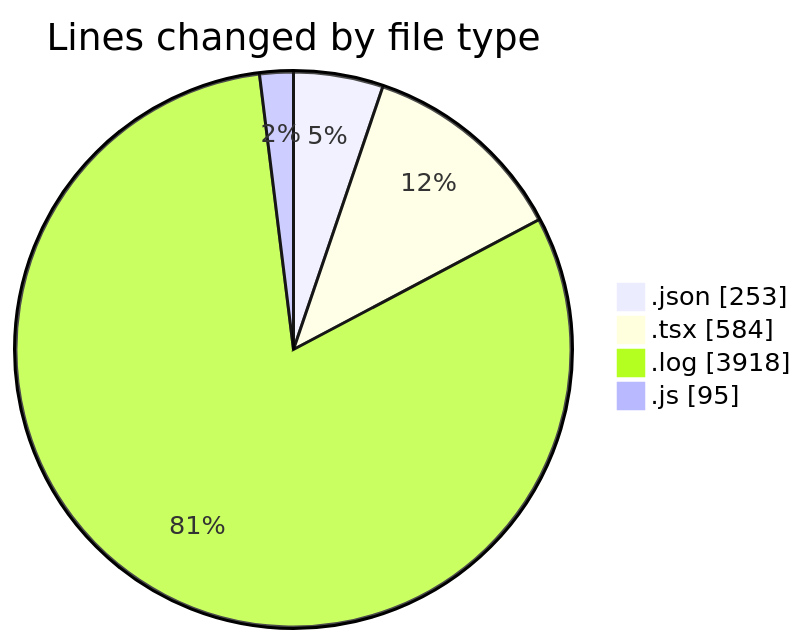
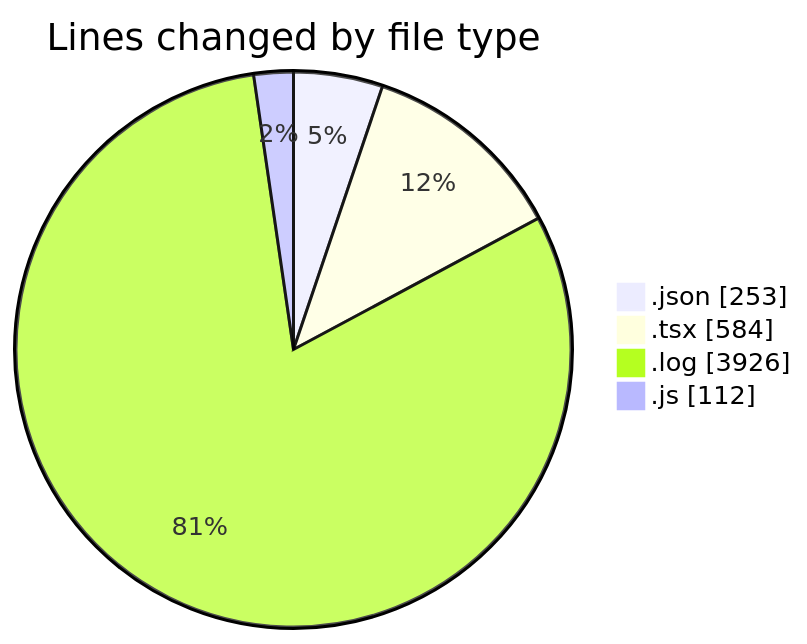
Before and after one commit to momahboobian/code-tracking: the first of 2 diagrams in 2026-03-24/cda/README.md, drawn with Mermaid. The commit also changed other lines of this file and 1 other file, not shown here.

````diff
--- a/2026-03-24/cda/README.md
+++ b/2026-03-24/cda/README.md
@@ -27,8 +27,8 @@
 ```mermaid
 pie showData
 title Lines changed by file type
 ".json" : 253
 ".tsx" : 584
-".log" : 3918
-".js" : 95
+".log" : 3926
+".js" : 112
 ```
````
